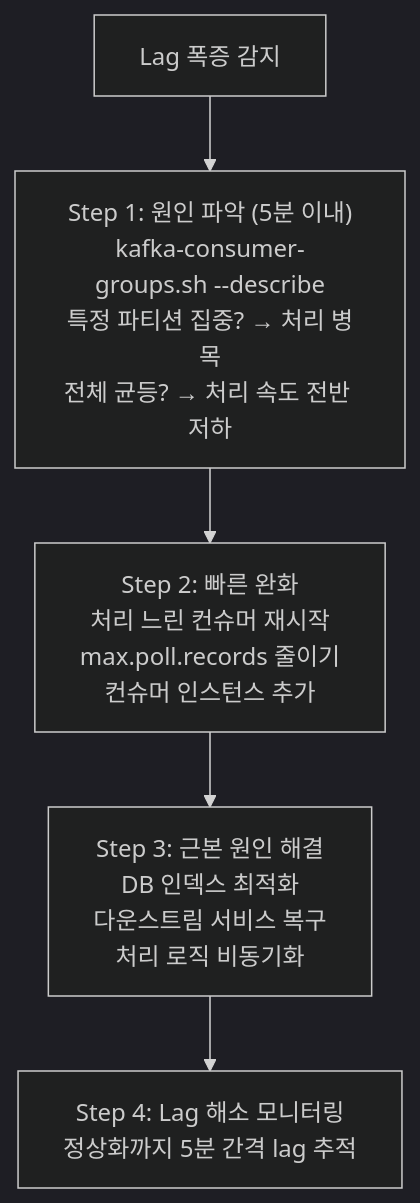
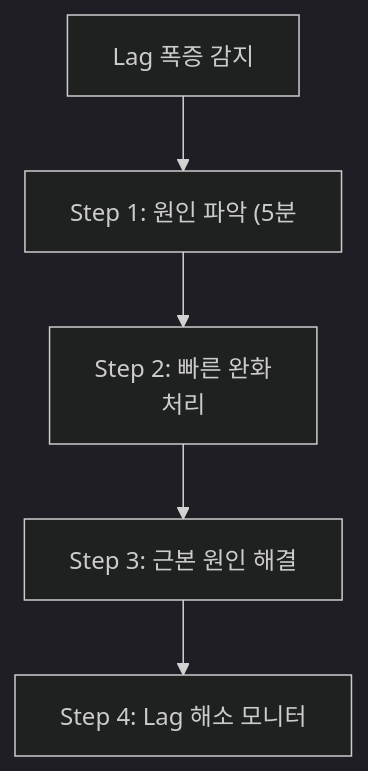
Before and after one commit to yjkim2015/yjkim2015.github.io: diagram 15 of 21 in _posts/kafka/2026-05-01-kafka-extreme-scenarios.md, drawn with Mermaid (dark theme). The commit also changed other lines of this file and 271 other files, not shown here.

First line of the commit message:
Mermaid 라벨 축소: 긴 노드 텍스트 18자 이하로 트림 + \n 제거

````diff
--- a/_posts/kafka/2026-05-01-kafka-extreme-scenarios.md
+++ b/_posts/kafka/2026-05-01-kafka-extreme-scenarios.md
@@ -509,9 +509,9 @@
 ```mermaid
 graph TD
     DETECT["Lag 폭증 감지"]
-    S1["Step 1: 원인 파악 (5분 이내)\nkafka-consumer-groups.sh --describe\n특정 파티션 집중? → 처리 병목\n전체 균등? → 처리 속도 전반 저하"]
-    S2["Step 2: 빠른 완화\n처리 느린 컨슈머 재시작\nmax.poll.records 줄이기\n컨슈머 인스턴스 추가"]
-    S3["Step 3: 근본 원인 해결\nDB 인덱스 최적화\n다운스트림 서비스 복구\n처리 로직 비동기화"]
-    S4["Step 4: Lag 해소 모니터링\n정상화까지 5분 간격 lag 추적"]
+    S1["Step 1: 원인 파악 (5분"]
+    S2["Step 2: 빠른 완화\n처리"]
+    S3["Step 3: 근본 원인 해결\n"]
+    S4["Step 4: Lag 해소 모니터"]
     DETECT --> S1 --> S2 --> S3 --> S4
 ```
````
